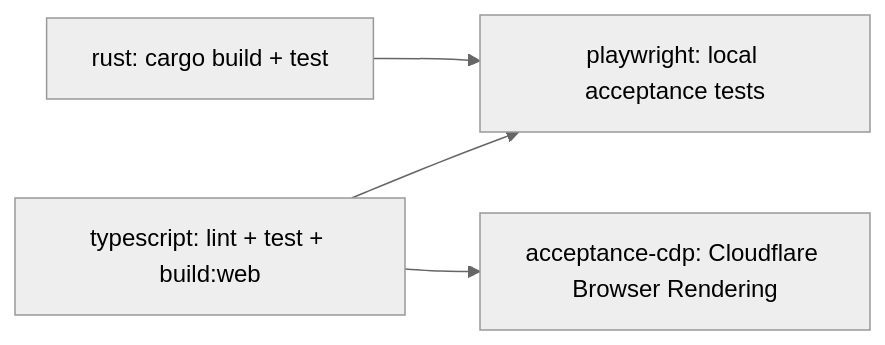
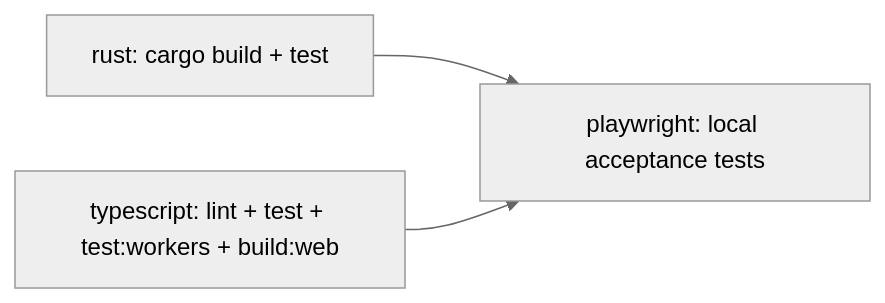
The second of 2 diagrams in specs/implementation/apps/deployment.md (OpenHackersClub/gctrl), drawn with Mermaid (neutral theme) before and after one commit. The commit also changed other lines of this file and 9 other files, not shown here.

First line of the commit message:
fix(ci): restore D1 provisioning, move acceptance-cdp to deploy workflow

````diff
--- a/specs/implementation/apps/deployment.md
+++ b/specs/implementation/apps/deployment.md
@@ -143,7 +143,6 @@
 ```mermaid
 graph LR
     Rust["rust: cargo build + test"] --> Playwright
-    TS["typescript: lint + test + build:web"] --> Playwright
-    TS --> CDP["acceptance-cdp: Cloudflare Browser Rendering"]
+    TS["typescript: lint + test + test:workers + build:web"] --> Playwright
     Playwright["playwright: local acceptance tests"]
 ```
````
